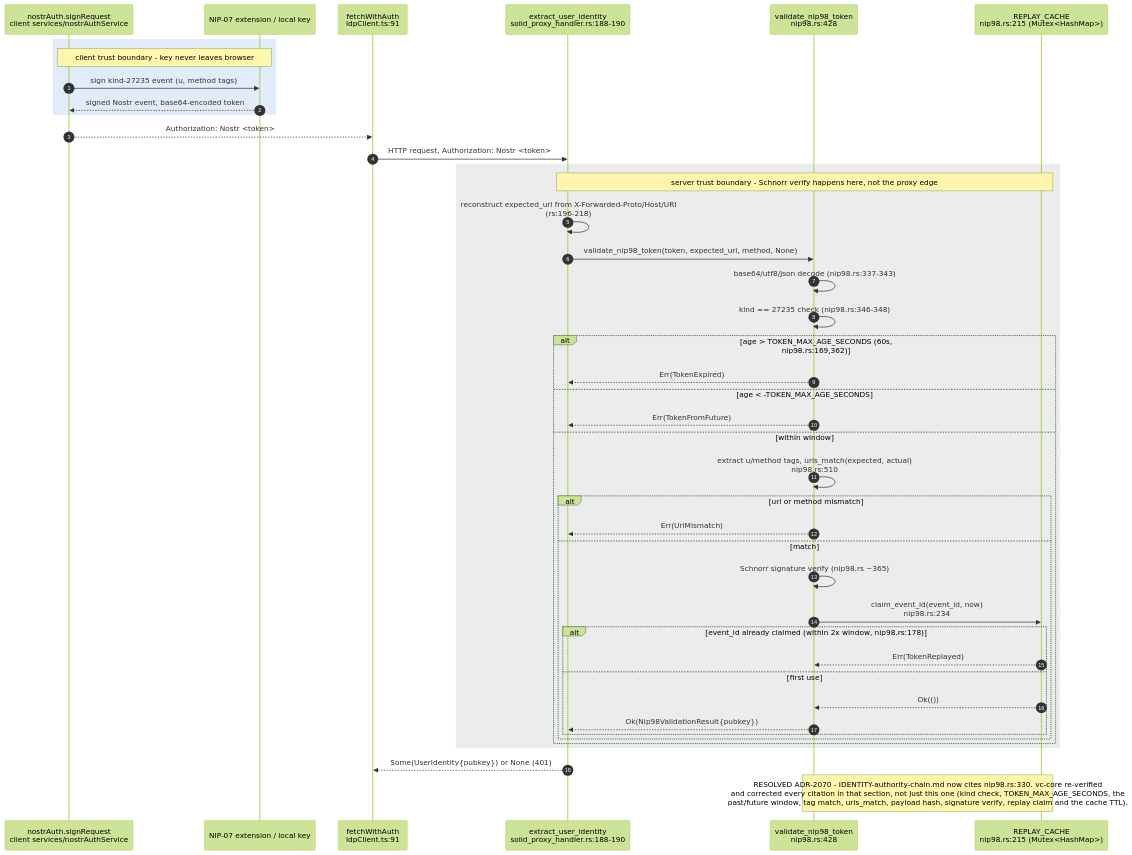
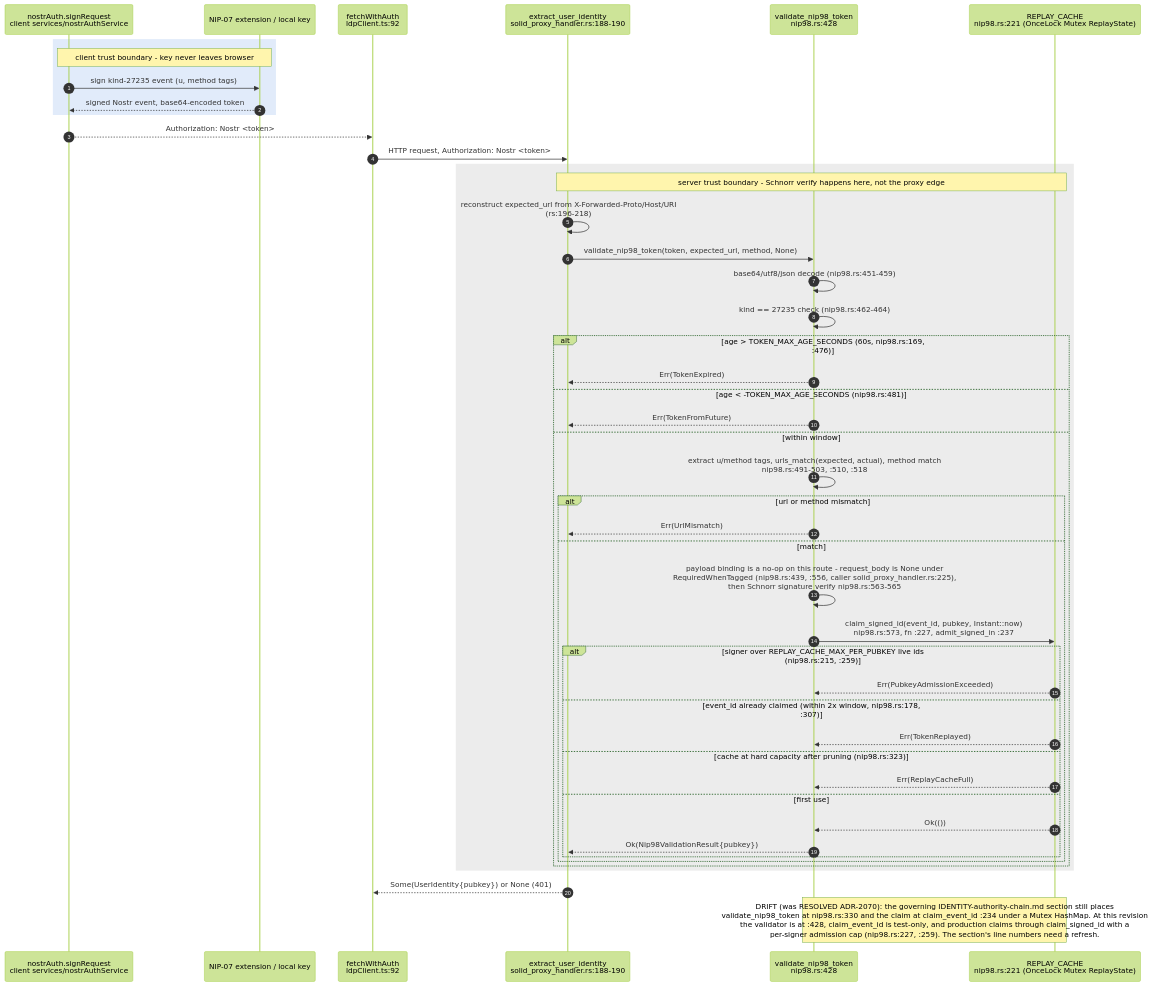
Before and after one commit to DreamLab-AI/VisionFlow: the fourth of 13 diagrams in docs/diagrams/visionclaw/26-solid-pod-and-jss.md, drawn with Mermaid (forest theme). The commit also changed other lines of this file and 173 other files, not shown here.

````diff
--- a/docs/diagrams/visionclaw/26-solid-pod-and-jss.md
+++ b/docs/diagrams/visionclaw/26-solid-pod-and-jss.md
@@ -165,47 +165,51 @@
 ```mermaid
 sequenceDiagram
     autonumber
     participant NA as nostrAuth.signRequest<br/>client services/nostrAuthService
     participant EXT as NIP-07 extension / local key
     rect rgb(225,235,250)
     Note over NA,EXT: client trust boundary - key never leaves browser
     NA->>EXT: sign kind-27235 event (u, method tags)
     EXT-->>NA: signed Nostr event, base64-encoded token
     end
     NA-->>ldp: Authorization: Nostr <token>
 
-    participant ldp as fetchWithAuth<br/>ldpClient.ts:91
+    participant ldp as fetchWithAuth<br/>ldpClient.ts:92
     participant AUTH as extract_user_identity<br/>solid_proxy_handler.rs:188-190
     participant VAL as validate_nip98_token<br/>nip98.rs:428
-    participant CACHE as REPLAY_CACHE<br/>nip98.rs:215 (Mutex<HashMap>)
+    participant CACHE as REPLAY_CACHE<br/>nip98.rs:221 (OnceLock Mutex ReplayState)
 
     ldp->>AUTH: HTTP request, Authorization: Nostr <token>
     rect rgb(236,236,236)
     Note over AUTH,CACHE: server trust boundary - Schnorr verify happens here, not the proxy edge
     AUTH->>AUTH: reconstruct expected_url from X-Forwarded-Proto/Host/URI<br/>(rs:196-218)
     AUTH->>VAL: validate_nip98_token(token, expected_url, method, None)
-    VAL->>VAL: base64/utf8/json decode (nip98.rs:337-343)
-    VAL->>VAL: kind == 27235 check (nip98.rs:346-348)
-    alt age > TOKEN_MAX_AGE_SECONDS (60s, nip98.rs:169,362)
+    VAL->>VAL: base64/utf8/json decode (nip98.rs:451-459)
+    VAL->>VAL: kind == 27235 check (nip98.rs:462-464)
+    alt age > TOKEN_MAX_AGE_SECONDS (60s, nip98.rs:169, :476)
         VAL-->>AUTH: Err(TokenExpired)
-    else age < -TOKEN_MAX_AGE_SECONDS
+    else age < -TOKEN_MAX_AGE_SECONDS (nip98.rs:481)
         VAL-->>AUTH: Err(TokenFromFuture)
     else within window
-        VAL->>VAL: extract u/method tags, urls_match(expected, actual)<br/>nip98.rs:510
+        VAL->>VAL: extract u/method tags, urls_match(expected, actual), method match<br/>nip98.rs:491-503, :510, :518
         alt url or method mismatch
             VAL-->>AUTH: Err(UrlMismatch)
         else match
-            VAL->>VAL: Schnorr signature verify (nip98.rs ~365)
-            VAL->>CACHE: claim_event_id(event_id, now)<br/>nip98.rs:234
-            alt event_id already claimed (within 2x window, nip98.rs:178)
+            VAL->>VAL: payload binding is a no-op on this route - request_body is None under<br/>RequiredWhenTagged (nip98.rs:439, :556, caller solid_proxy_handler.rs:225),<br/>then Schnorr signature verify nip98.rs:563-565
+            VAL->>CACHE: claim_signed_id(event_id, pubkey, Instant::now)<br/>nip98.rs:573, fn :227, admit_signed_in :237
+            alt signer over REPLAY_CACHE_MAX_PER_PUBKEY live ids (nip98.rs:215, :259)
+                CACHE-->>VAL: Err(PubkeyAdmissionExceeded)
+            else event_id already claimed (within 2x window, nip98.rs:178, :307)
                 CACHE-->>VAL: Err(TokenReplayed)
+            else cache at hard capacity after pruning (nip98.rs:323)
+                CACHE-->>VAL: Err(ReplayCacheFull)
             else first use
                 CACHE-->>VAL: Ok(())
                 VAL-->>AUTH: Ok(Nip98ValidationResult{pubkey})
             end
         end
     end
     end
     AUTH-->>ldp: Some(UserIdentity{pubkey}) or None (401)
-    Note over VAL,CACHE: RESOLVED ADR-2070 - IDENTITY-authority-chain.md now cites nip98.rs:330. vc-core re-verified<br/>and corrected every citation in that section, not just this one (kind check, TOKEN_MAX_AGE_SECONDS, the<br/>past/future window, tag match, urls_match, payload hash, signature verify, replay claim and the cache TTL).
+    Note over VAL,CACHE: DRIFT (was RESOLVED ADR-2070): the governing IDENTITY-authority-chain.md section still places<br/>validate_nip98_token at nip98.rs:330 and the claim at claim_event_id :234 under a Mutex HashMap. At this revision<br/>the validator is at :428, claim_event_id is test-only, and production claims through claim_signed_id with a<br/>per-signer admission cap (nip98.rs:227, :259). The section's line numbers need a refresh.
 ```
````
